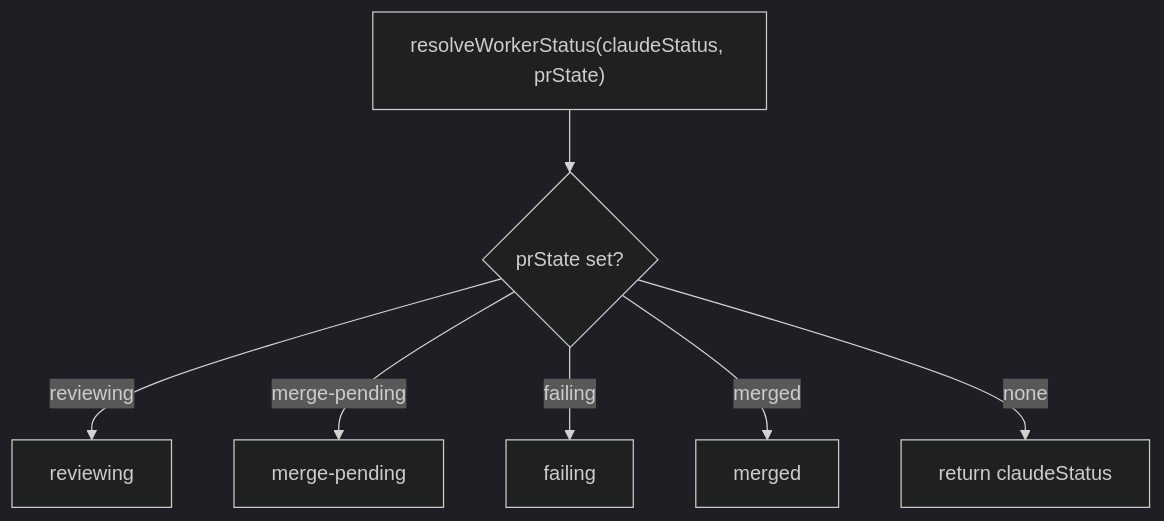
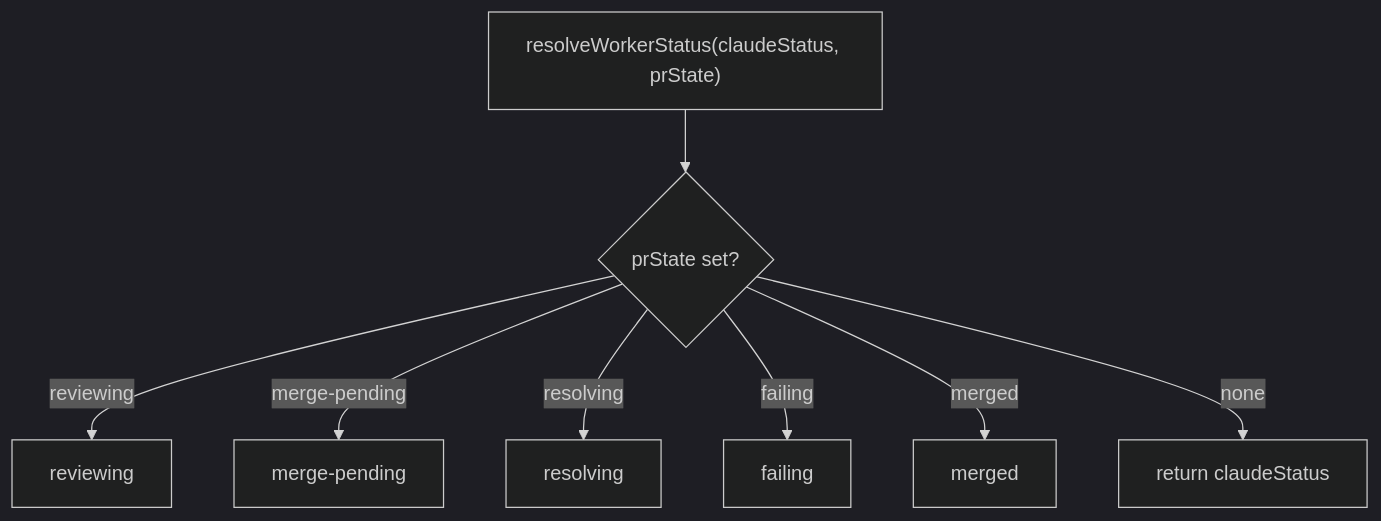
One commit to keychanger/garden changed the second of 4 diagrams in src/dashboard/STATUS.md. Above: the diagram before and after it, drawn with Mermaid (dark theme). The commit also changed other lines of this file and 9 other files, not shown here.

````diff
--- a/src/dashboard/STATUS.md
+++ b/src/dashboard/STATUS.md
@@ -291,9 +323,10 @@
 ```mermaid
 flowchart TD
     Start["resolveWorkerStatus(claudeStatus, prState)"] --> A{prState set?}
     A -->|reviewing| reviewing
     A -->|merge-pending| merge_pending["merge-pending"]
+    A -->|resolving| resolving
     A -->|failing| failing
     A -->|merged| merged
     A -->|none| B["return claudeStatus"]
 ```
````
